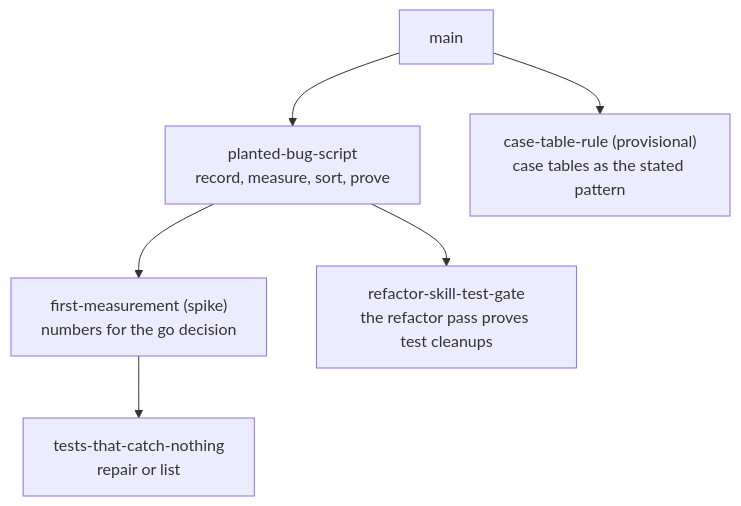
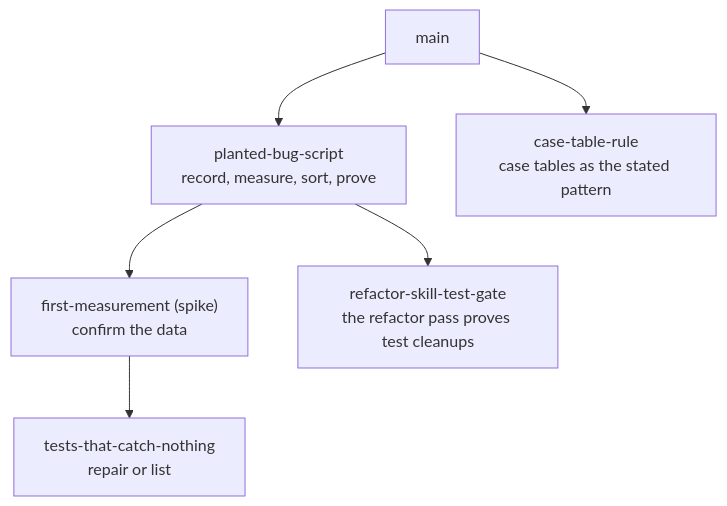
One commit to ArieFisher/dynamic-rounding changed the diagram in docs/sprint-plans/test-dedup.md. Above: the diagram before and after it, drawn with Mermaid. The commit also changed other lines of this file, not shown here.

````diff
--- a/docs/sprint-plans/test-dedup.md
+++ b/docs/sprint-plans/test-dedup.md
@@ -115,14 +115,14 @@
 ```mermaid
 flowchart TD
     base[main]
     s1["planted-bug-script<br/>record, measure, sort, prove"]
-    s2["case-table-rule (provisional)<br/>case tables as the stated pattern"]
-    spike["first-measurement (spike)<br/>numbers for the go decision"]
+    s2["case-table-rule<br/>case tables as the stated pattern"]
+    spike["first-measurement (spike)<br/>confirm the data"]
     s3["refactor-skill-test-gate<br/>the refactor pass proves test cleanups"]
     s4["tests-that-catch-nothing<br/>repair or list"]
     base --> s1
     base --> s2
     s1 --> spike
     s1 --> s3
     spike --> s4
 ```
````
